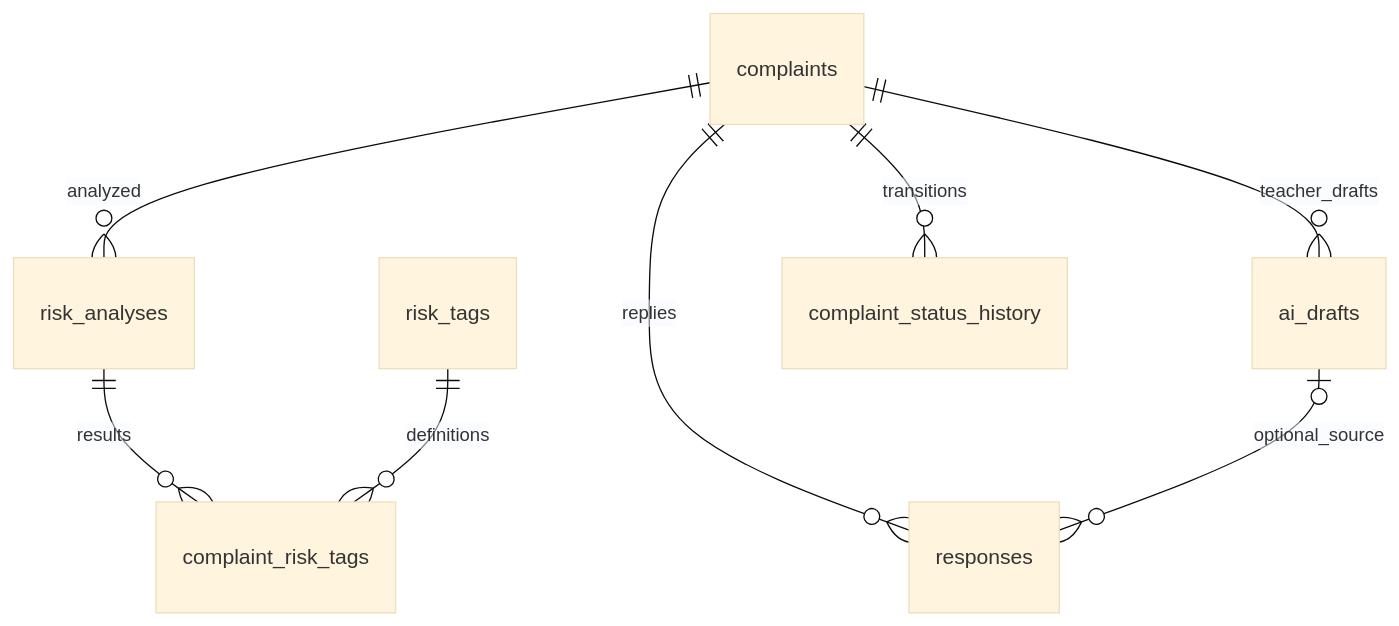
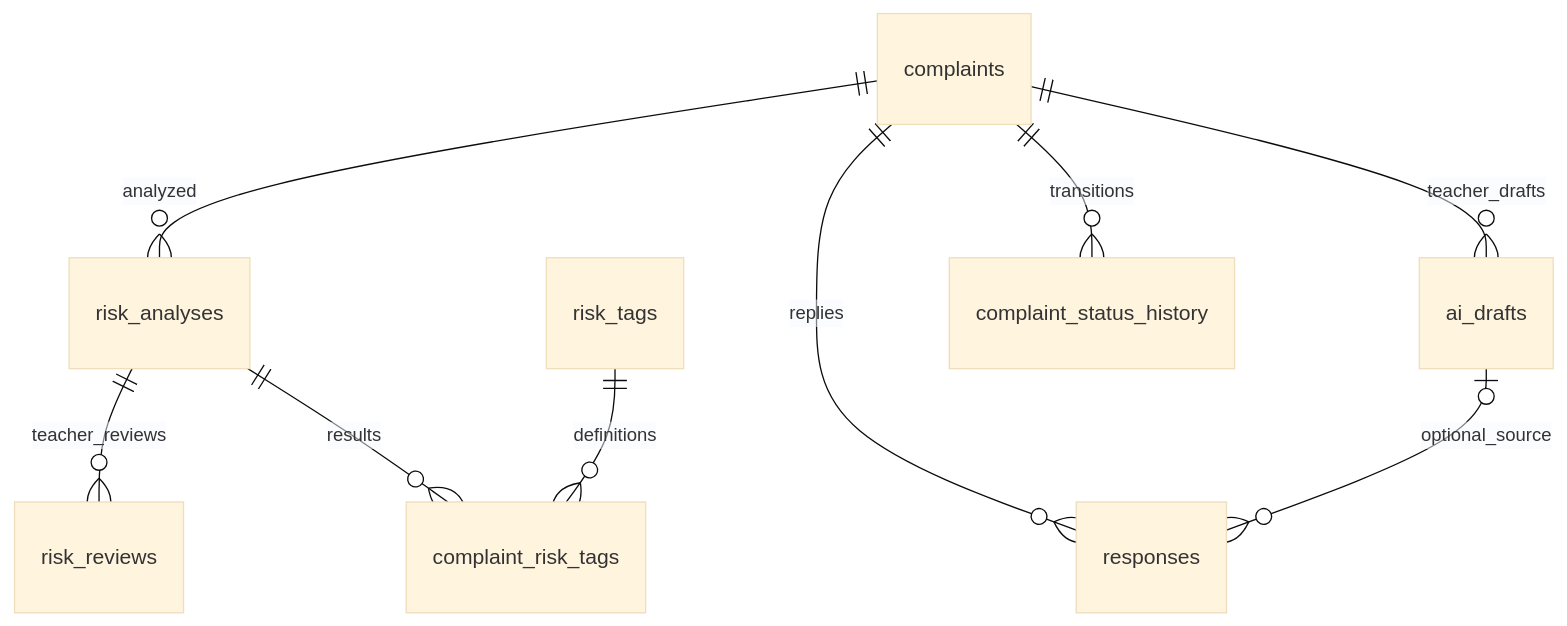
Before and after one commit to ai-sangsang-challenge-team4/Backend: the diagram in docs/risk-analysis-erd.md, drawn with Mermaid (base theme). The commit also changed other lines of this file and 26 other files, not shown here.

````diff
--- a/docs/risk-analysis-erd.md
+++ b/docs/risk-analysis-erd.md
@@ -3,10 +3,11 @@
 ```mermaid
 erDiagram
     complaints ||--o{ risk_analyses : analyzed
+    risk_analyses ||--o{ risk_reviews : teacher_reviews
     risk_analyses ||--o{ complaint_risk_tags : results
     risk_tags ||--o{ complaint_risk_tags : definitions
     complaints ||--o{ ai_drafts : teacher_drafts
     complaints ||--o{ responses : replies
     ai_drafts o|--o{ responses : optional_source
     complaints ||--o{ complaint_status_history : transitions
 ```
````
